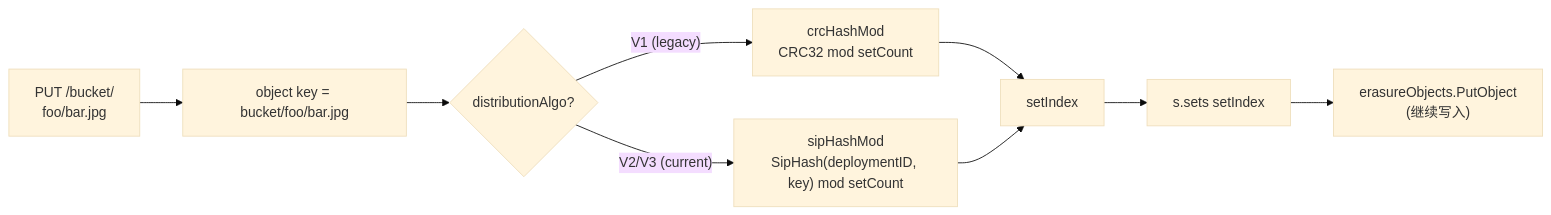
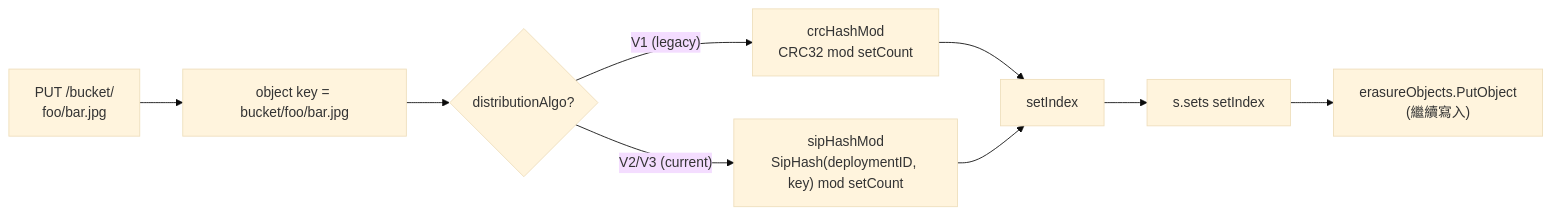
One commit to cysu01/minio changed the third of 8 diagrams in repo-analysis/drafts/06-module-storage-erasure.md. Above: the diagram before and after it, drawn with Mermaid (base theme). The commit also changed other lines of this file and 14 other files, not shown here.

````diff
--- a/repo-analysis/drafts/06-module-storage-erasure.md
+++ b/repo-analysis/drafts/06-module-storage-erasure.md
@@ -247,11 +247,11 @@
 ```mermaid
 flowchart LR
     A["PUT /bucket/<br/>foo/bar.jpg"] --> B[object key = bucket/foo/bar.jpg]
     B --> C{distributionAlgo?}
     C -->|"V1 (legacy)"| D[crcHashMod<br/>CRC32 mod setCount]
     C -->|"V2/V3 (current)"| E["sipHashMod<br/>SipHash(deploymentID, key) mod setCount"]
     D --> F[setIndex]
     E --> F
     F --> G[s.sets setIndex]
-    G --> H["erasureObjects.PutObject<br/>(继续写入)"]
+    G --> H["erasureObjects.PutObject<br/>(繼續寫入)"]
 ```
````
